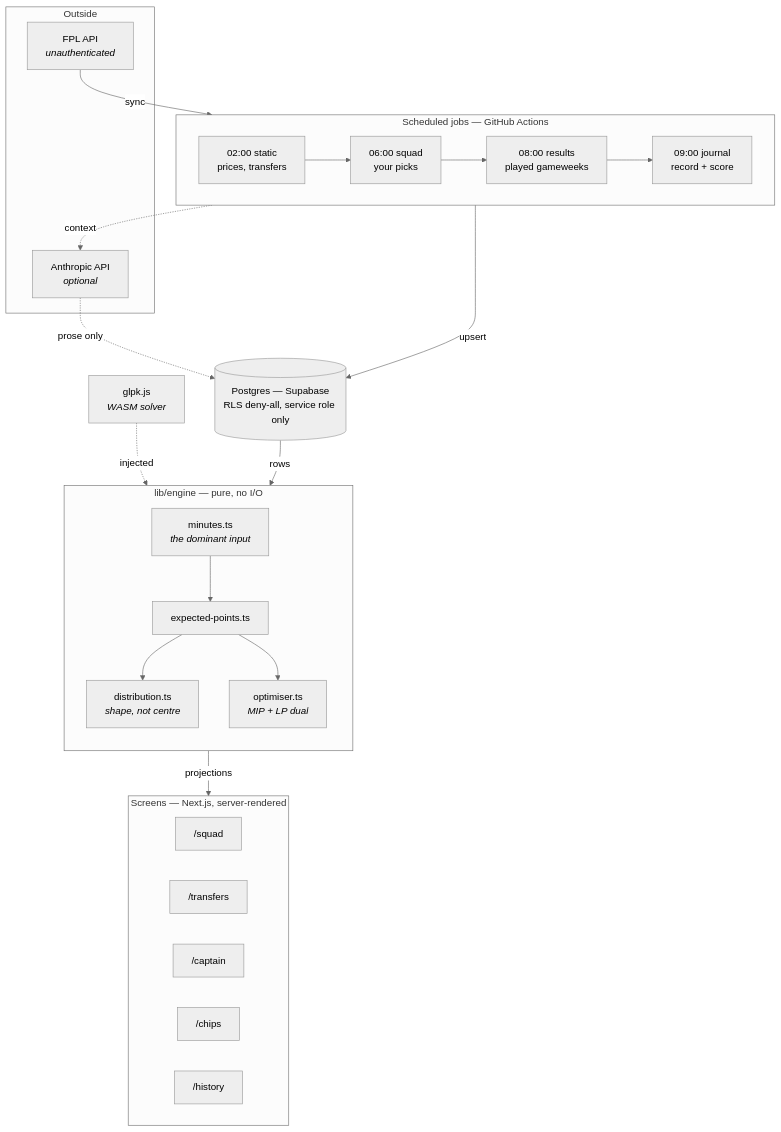
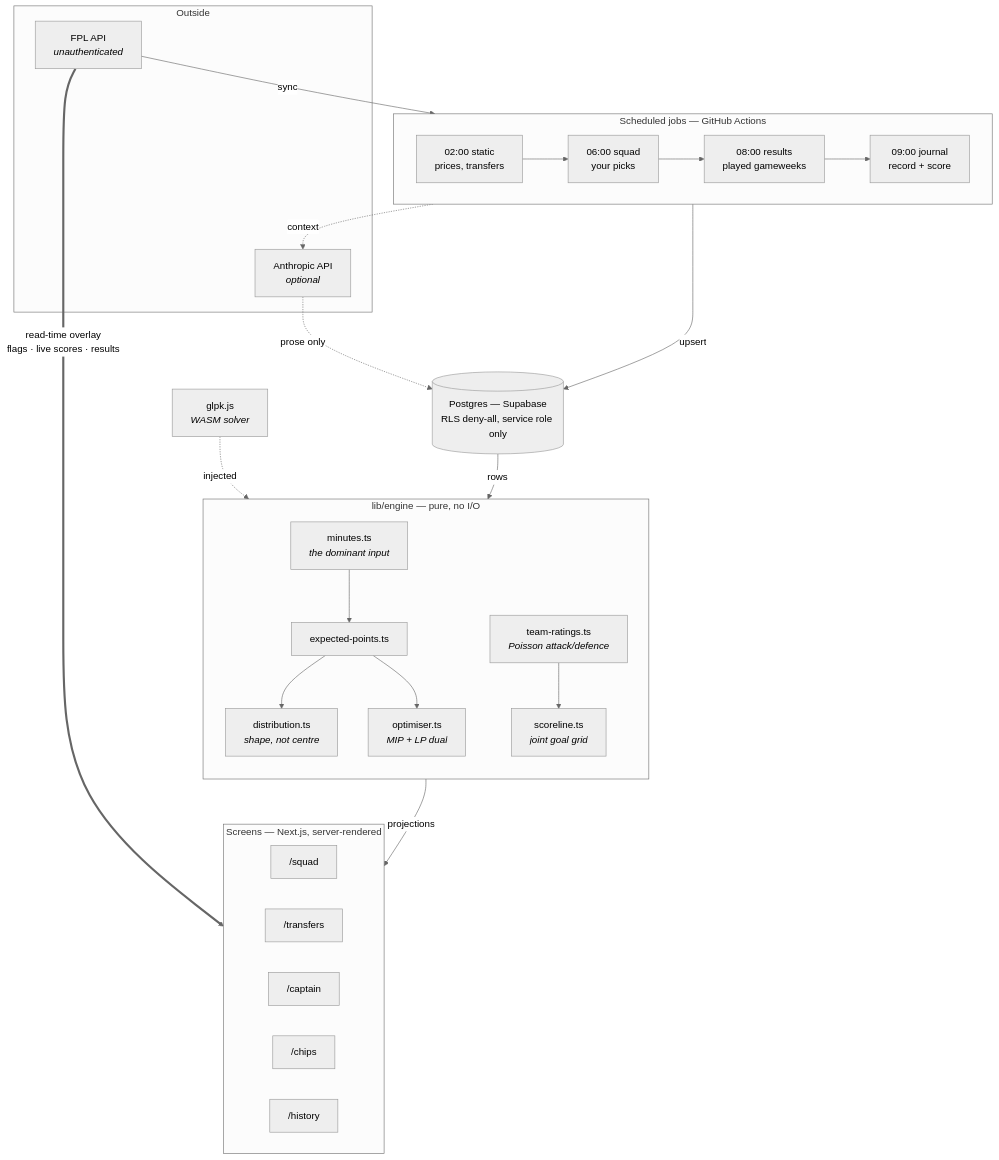
The diagram in README.md (BrijeshPujara/fpl-edge), drawn with Mermaid (neutral theme) before and after one commit. The commit also changed other lines of this file, not shown here.

````diff
--- a/README.md
+++ b/README.md
@@ -39,47 +42,52 @@
 ```mermaid
 flowchart TB
     subgraph external["Outside"]
         FPL["FPL API<br/><i>unauthenticated</i>"]
         LLM["Anthropic API<br/><i>optional</i>"]
     end
 
     subgraph jobs["Scheduled jobs — GitHub Actions"]
         direction LR
         J1["02:00 static<br/>prices, transfers"]
         J2["06:00 squad<br/>your picks"]
         J3["08:00 results<br/>played gameweeks"]
         J4["09:00 journal<br/>record + score"]
         J1 --> J2 --> J3 --> J4
     end
 
     DB[("Postgres — Supabase<br/>RLS deny-all, service role only")]
 
     subgraph engine["lib/engine — pure, no I/O"]
         direction TB
         MIN["minutes.ts<br/><i>the dominant input</i>"]
         EP["expected-points.ts"]
         DIST["distribution.ts<br/><i>shape, not centre</i>"]
         OPT["optimiser.ts<br/><i>MIP + LP dual</i>"]
+        RAT["team-ratings.ts<br/><i>Poisson attack/defence</i>"]
+        SCORE["scoreline.ts<br/><i>joint goal grid</i>"]
         MIN --> EP
         EP --> DIST
         EP --> OPT
+        RAT --> SCORE
     end
 
     subgraph screens["Screens — Next.js, server-rendered"]
         direction LR
         S1["/squad"]
         S2["/transfers"]
         S3["/captain"]
         S4["/chips"]
         S5["/history"]
     end
 
     FPL -->|"sync"| jobs
     jobs -->|"upsert"| DB
     DB -->|"rows"| engine
     engine -->|"projections"| screens
     J4 -.->|"context"| LLM
     LLM -.->|"prose only"| DB
 
+    FPL ==>|"read-time overlay<br/>flags · live scores · results"| screens
+
     GLPK["glpk.js<br/><i>WASM solver</i>"] -.->|"injected"| OPT
 ```
````
